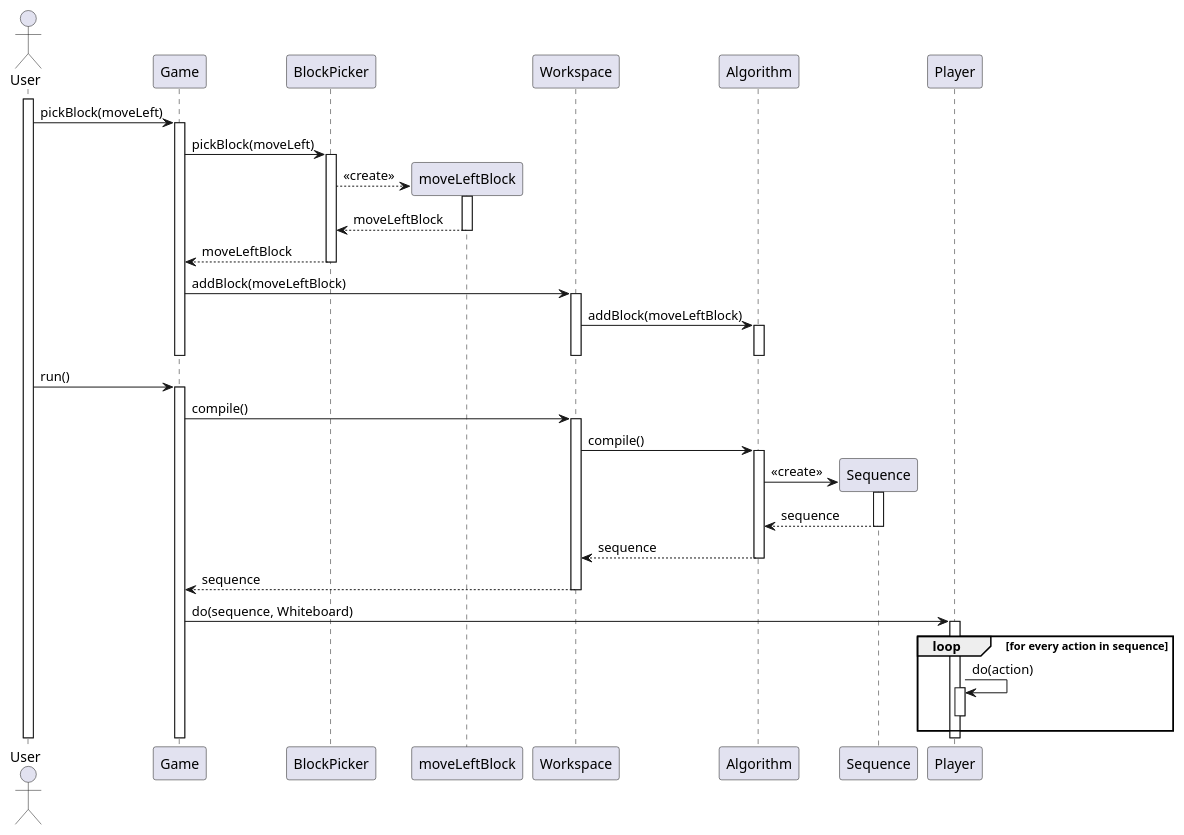
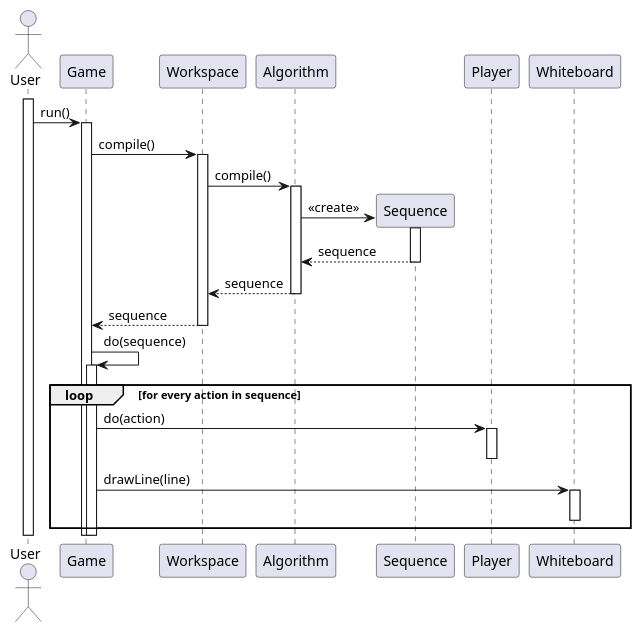
One commit to mati1297/tp2_algoblocks changed the diagram in diagrams/move_left_secuence.plantuml. Above: the diagram before and after it, drawn with PlantUML. The commit also changed 1 other file, not shown here.

Commit message:
Removed block creation in sequence. Added message from Game to Whiteboard.

```diff
--- a/diagrams/move_left_secuence.plantuml
+++ b/diagrams/move_left_secuence.plantuml
@@ -1,56 +1,35 @@
 @startuml move_left
 
 actor User
 
 activate User
-User -> Game: pickBlock(moveLeft)
-activate Game
-Game -> BlockPicker: pickBlock(moveLeft)
-activate BlockPicker
-create moveLeftBlock
-BlockPicker --> moveLeftBlock: <<create>>
-activate moveLeftBlock
-return moveLeftBlock
-return moveLeftBlock
-
-Game -> Workspace: addBlock(moveLeftBlock)
-activate Workspace
-Workspace -> Algorithm: addBlock(moveLeftBlock)
-activate Algorithm
-deactivate Algorithm
-deactivate Workspace
-deactivate Game
-
 
 User -> Game: run()
 activate Game
 Game -> Workspace: compile()
 activate Workspace
 Workspace -> Algorithm: compile()
 activate Algorithm
 create Sequence
 Algorithm -> Sequence: <<create>>
 activate Sequence
 return sequence
 return sequence
 return sequence
 
-Game -> Player: do(sequence, Whiteboard)
-activate Player
+Game -> Game: do(sequence)
+activate Game
 loop for every action in sequence
-Player -> Player: do(action)
+Game -> Player: do(action)
 activate Player
 deactivate Player
+Game -> Whiteboard: drawLine(line)
+activate Whiteboard
+deactivate Whiteboard
 end
-deactivate Player
+deactivate Game
 deactivate Game
 deactivate User
 
 
-
-
-
-
-
-
 @enduml
```
